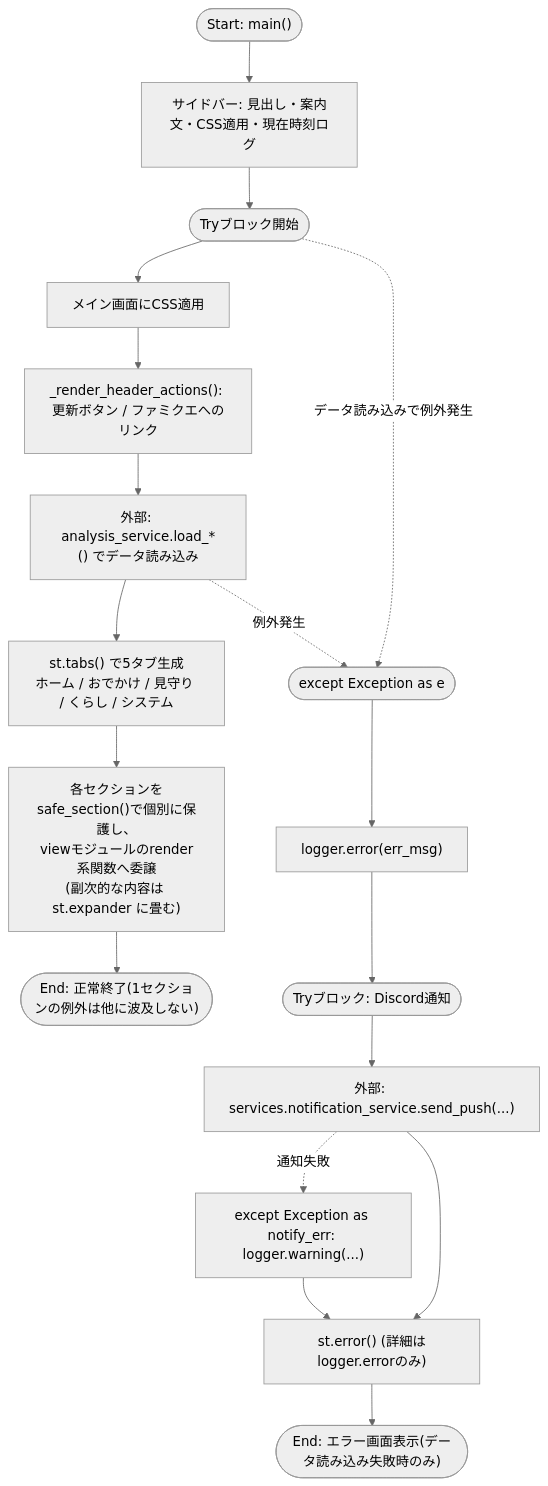
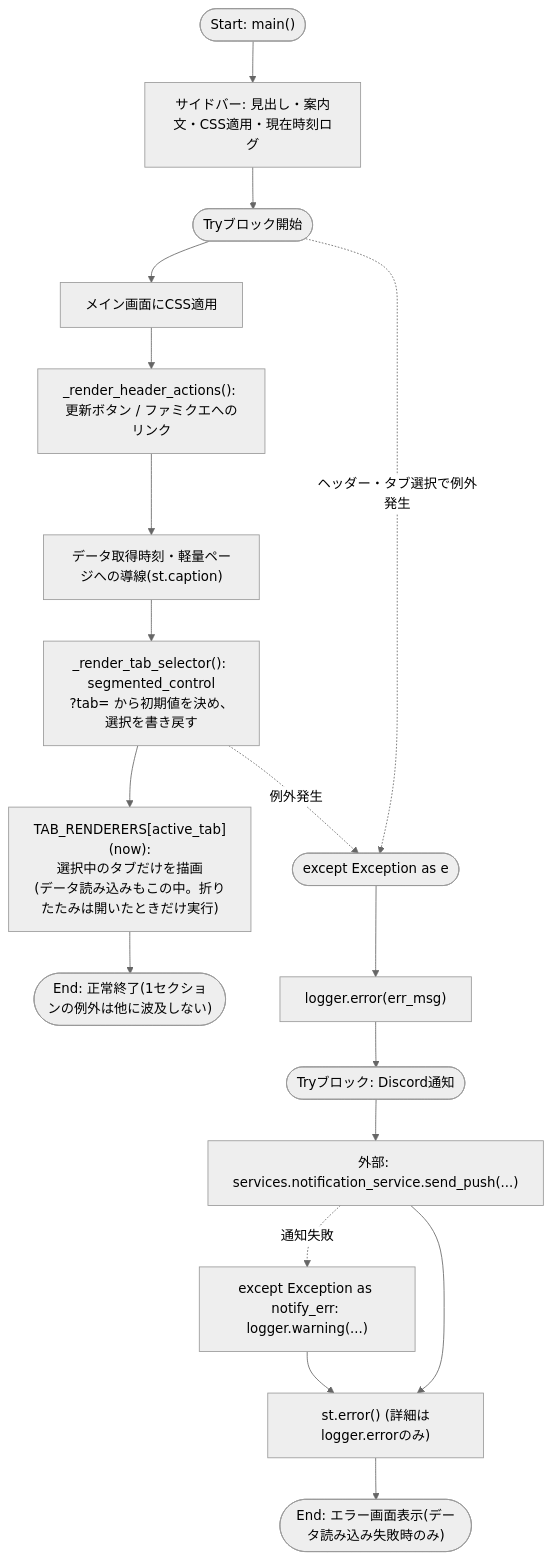
Before and after one commit to mmtigers/my_python_project: the first of 2 diagrams in docs/specifications/MY_HOME_SYSTEM/dashboard.md, drawn with Mermaid (neutral theme). The commit also changed other lines of this file and 37 other files, not shown here.

````diff
--- a/docs/specifications/MY_HOME_SYSTEM/dashboard.md
+++ b/docs/specifications/MY_HOME_SYSTEM/dashboard.md
@@ -225,23 +233,23 @@
 ```mermaid
 flowchart TD
     Start(["Start: main()"]) --> Sidebar["サイドバー: 見出し・案内文・CSS適用・現在時刻ログ"]
     Sidebar --> TryStart(["Tryブロック開始"])
 
     TryStart --> Css["メイン画面にCSS適用"]
     Css --> Header["_render_header_actions(): 更新ボタン / ファミクエへのリンク"]
-    Header --> LoadData["外部: analysis_service.load_*() でデータ読み込み"]
-    LoadData --> CreateTabs["st.tabs() で5タブ生成<br/>ホーム / おでかけ / 見守り / くらし / システム"]
-    CreateTabs --> RenderTabs["各セクションをsafe_section()で個別に保護し、<br/>viewモジュールのrender系関数へ委譲<br/>(副次的な内容は st.expander に畳む)"]
+    Header --> Caption["データ取得時刻・軽量ページへの導線(st.caption)"]
+    Caption --> Selector["_render_tab_selector(): segmented_control<br/>?tab= から初期値を決め、選択を書き戻す"]
+    Selector --> RenderTabs["TAB_RENDERERS[active_tab](now):<br/>選択中のタブだけを描画<br/>(データ読み込みもこの中。折りたたみは開いたときだけ実行)"]
     RenderTabs --> End(["End: 正常終了(1セクションの例外は他に波及しない)"])
 
-    TryStart -. データ読み込みで例外発生 .-> Catch(["except Exception as e"])
-    LoadData -. 例外発生 .-> Catch
+    TryStart -. ヘッダー・タブ選択で例外発生 .-> Catch(["except Exception as e"])
+    Selector -. 例外発生 .-> Catch
 
     Catch --> LogErr["logger.error(err_msg)"]
     LogErr --> TryNotify(["Tryブロック: Discord通知"])
     TryNotify --> SendPush["外部: services.notification_service.send_push(...)"]
     SendPush -. 通知失敗 .-> LogWarn["except Exception as notify_err: logger.warning(...)"]
     SendPush --> ShowError
     LogWarn --> ShowError["st.error() (詳細はlogger.errorのみ)"]
     ShowError --> EndErr(["End: エラー画面表示(データ読み込み失敗時のみ)"])
 ```
````
